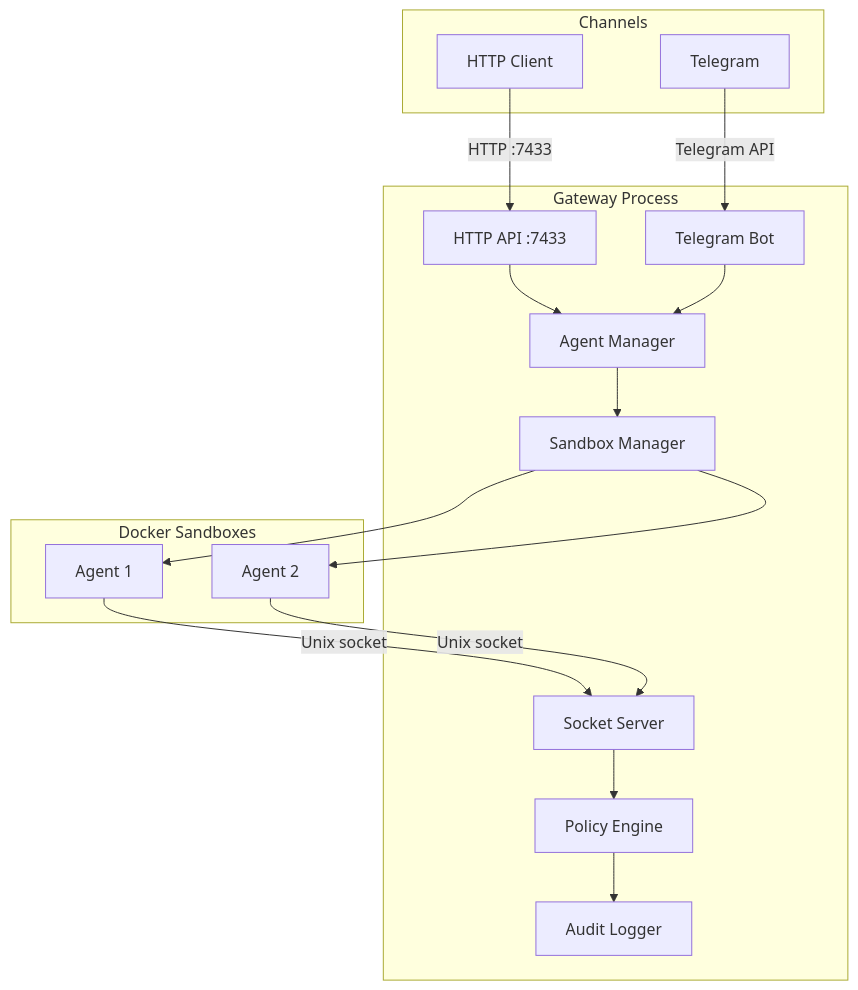
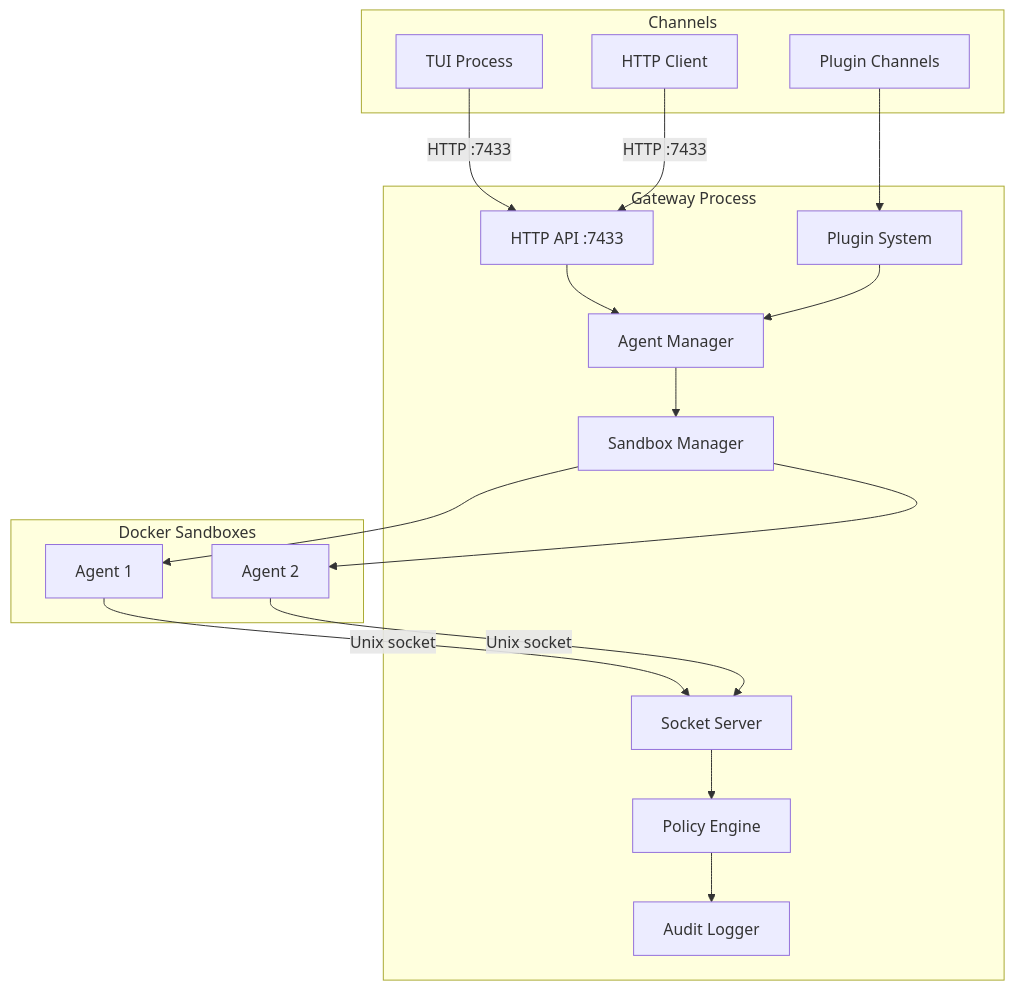
Before and after one commit to matthias-hausberger/beige: the diagram in docs/gateway/index.mdx, drawn with Mermaid. The commit also changed other lines of this file and 63 other files, not shown here.

First line of the commit message:
refactor!: plugin architecture

````diff
--- a/docs/gateway/index.mdx
+++ b/docs/gateway/index.mdx
@@ -10,35 +10,37 @@
 ```mermaid
 graph TB
     subgraph "Gateway Process"
         AM[Agent Manager]
         SM[Sandbox Manager]
         SS[Socket Server]
         PE[Policy Engine]
         AL[Audit Logger]
         API[HTTP API :7433]
-        TG[Telegram Bot]
+        PL[Plugin System]
     end
 
     subgraph "Docker Sandboxes"
         SB1[Agent 1]
         SB2[Agent 2]
     end
 
     subgraph "Channels"
-        PHONE[Telegram]
+        TUI[TUI Process]
         HTTP[HTTP Client]
+        PLUG_CH[Plugin Channels]
     end
 
     AM --> SM
     SM --> SB1
     SM --> SB2
     SB1 -->|Unix socket| SS
     SB2 -->|Unix socket| SS
     SS --> PE
     PE --> AL
 
+    TUI -->|HTTP :7433| API
     HTTP -->|HTTP :7433| API
-    PHONE -->|Telegram API| TG
+    PLUG_CH --> PL
     API --> AM
-    TG --> AM
+    PL --> AM
 ```
````
